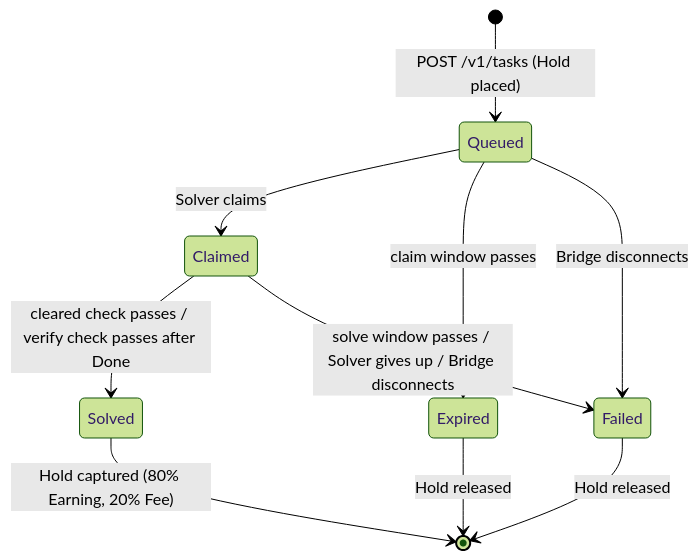
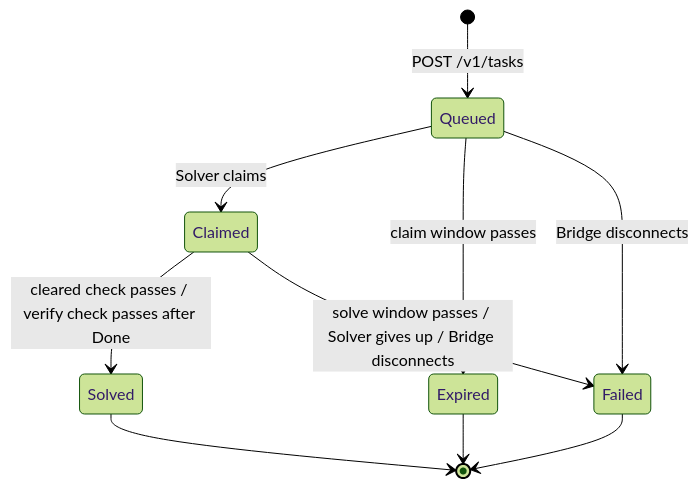
Before and after one commit to yuchia329/unstuck: the second of 5 diagrams in README.md, drawn with Mermaid (forest theme). The commit also changed other lines of this file and 51 other files, not shown here.

````diff
--- a/README.md
+++ b/README.md
@@ -112,12 +105,12 @@
 ```mermaid
 stateDiagram-v2
-    [*] --> Queued: POST /v1/tasks (Hold placed)
+    [*] --> Queued: POST /v1/tasks
     Queued --> Claimed: Solver claims
     Queued --> Expired: claim window passes
     Queued --> Failed: Bridge disconnects
     Claimed --> Solved: cleared check passes / verify check passes after Done
     Claimed --> Failed: solve window passes / Solver gives up / Bridge disconnects
-    Solved --> [*]: Hold captured (80% Earning, 20% Fee)
-    Expired --> [*]: Hold released
-    Failed --> [*]: Hold released
+    Solved --> [*]
+    Expired --> [*]
+    Failed --> [*]
 ```
````
